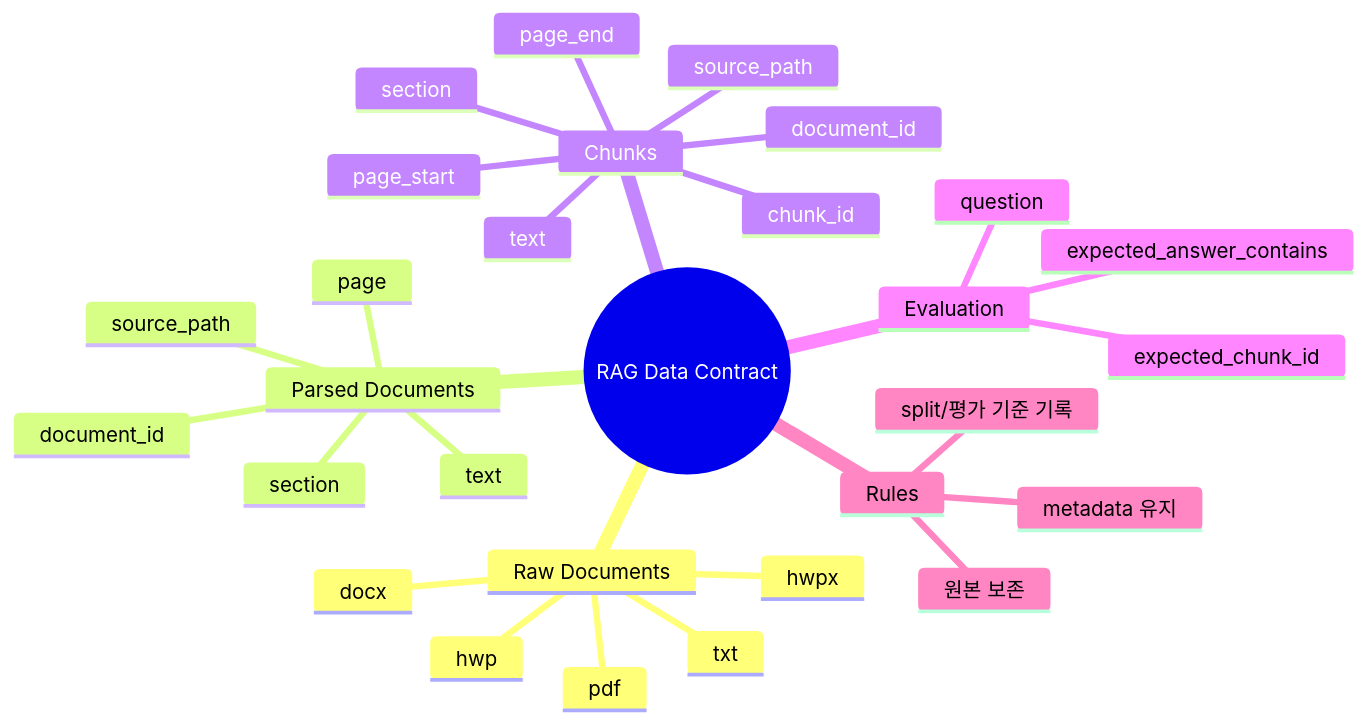
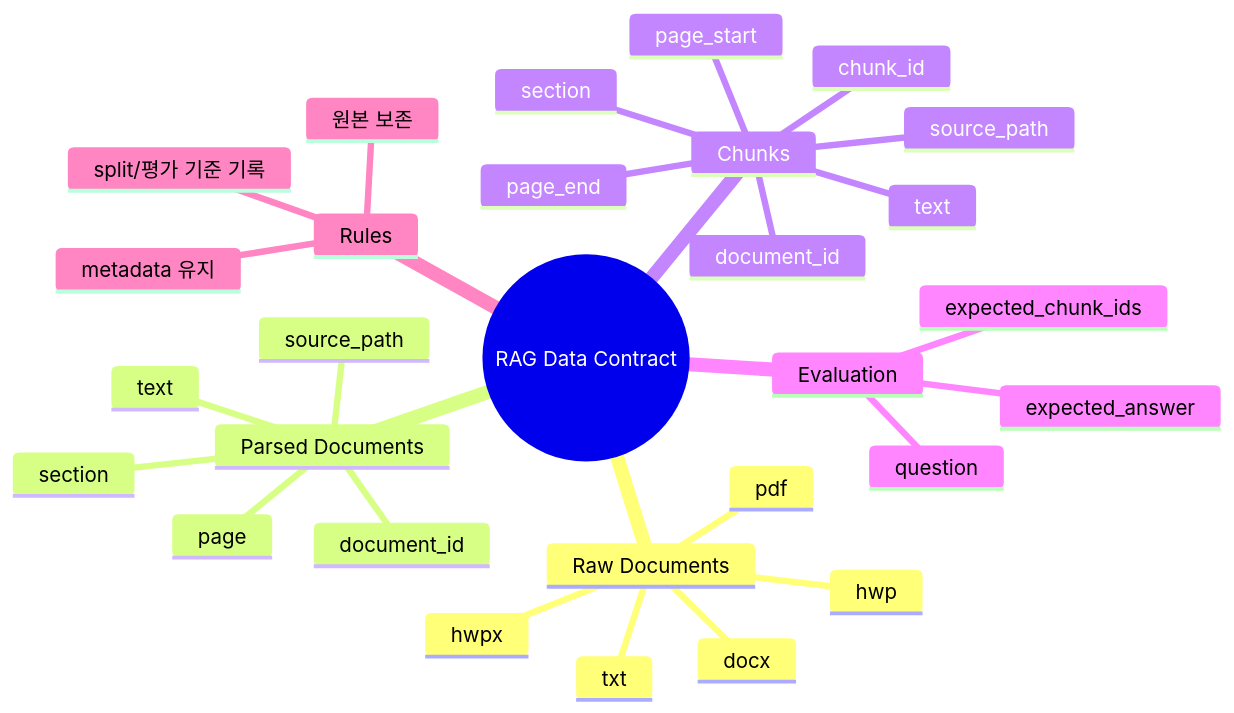
One commit to Codeit-Part3-6Team/Codeit-Part3-6Team-Project changed the diagram in docs/md/data/DATA_CONTRACT.md. Above: the diagram before and after it, drawn with Mermaid. The commit also changed other lines of this file, not shown here.

Commit message:
fix: DATA_CONTRACT 컬럼명 전면 수정 (expected_chunk_id -> expected_chunk_ids, expected_answer_contains -> expected_answer)

````diff
--- a/docs/md/data/DATA_CONTRACT.md
+++ b/docs/md/data/DATA_CONTRACT.md
@@ -14,32 +14,32 @@
 ```mermaid
 mindmap
   root((RAG Data Contract))
     Raw Documents
       pdf
       hwp
       hwpx
       docx
       txt
     Parsed Documents
       document_id
       source_path
       page
       section
       text
     Chunks
       chunk_id
       document_id
       source_path
       page_start
       page_end
       section
       text
     Evaluation
       question
-      expected_chunk_id
-      expected_answer_contains
+      expected_chunk_ids
+      expected_answer
     Rules
       원본 보존
       metadata 유지
       split/평가 기준 기록
 ```
````
